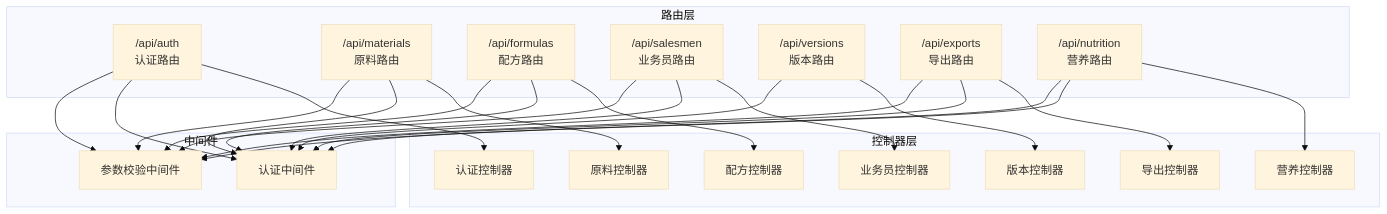
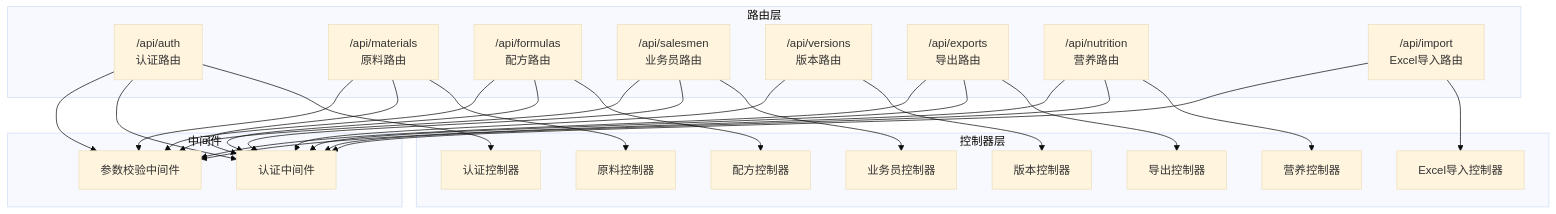
One commit to xpretycn/TingStudio changed the first of 3 diagrams in .qoder/repowiki/zh/content/API 接口文档/API 接口文档.md. Above: the diagram before and after it, drawn with Mermaid (base theme). The commit also changed other lines of this file and 56 other files, not shown here.

````diff
--- a/.qoder/repowiki/zh/content/API 接口文档/API 接口文档.md
+++ b/.qoder/repowiki/zh/content/API 接口文档/API 接口文档.md
@@ -47,45 +51,49 @@
 ```mermaid
 graph TB
 subgraph "路由层"
 RAuth["/api/auth<br/>认证路由"]
 RMat["/api/materials<br/>原料路由"]
 RFormula["/api/formulas<br/>配方路由"]
 RSalesman["/api/salesmen<br/>业务员路由"]
 RVersions["/api/versions<br/>版本路由"]
 RExports["/api/exports<br/>导出路由"]
 RNutrition["/api/nutrition<br/>营养路由"]
+RImport["/api/import<br/>Excel导入路由"]
 end
 subgraph "控制器层"
 CAuth["认证控制器"]
 CMat["原料控制器"]
 CFormula["配方控制器"]
 CSalesman["业务员控制器"]
 CVersions["版本控制器"]
 CExports["导出控制器"]
 CNutrition["营养控制器"]
+CImport["Excel导入控制器"]
 end
 subgraph "中间件"
 MAuth["认证中间件"]
 VBody["参数校验中间件"]
 end
 RAuth --> CAuth
 RMat --> CMat
 RFormula --> CFormula
 RSalesman --> CSalesman
 RVersions --> CVersions
 RExports --> CExports
 RNutrition --> CNutrition
+RImport --> CImport
 RAuth --> MAuth
 RMat --> MAuth
 RFormula --> MAuth
 RSalesman --> MAuth
 RVersions --> MAuth
 RExports --> MAuth
 RNutrition --> MAuth
+RImport --> MAuth
 RAuth --> VBody
 RMat --> VBody
 RFormula --> VBody
 RSalesman --> VBody
 RExports --> VBody
 RNutrition --> VBody
 ```
````
